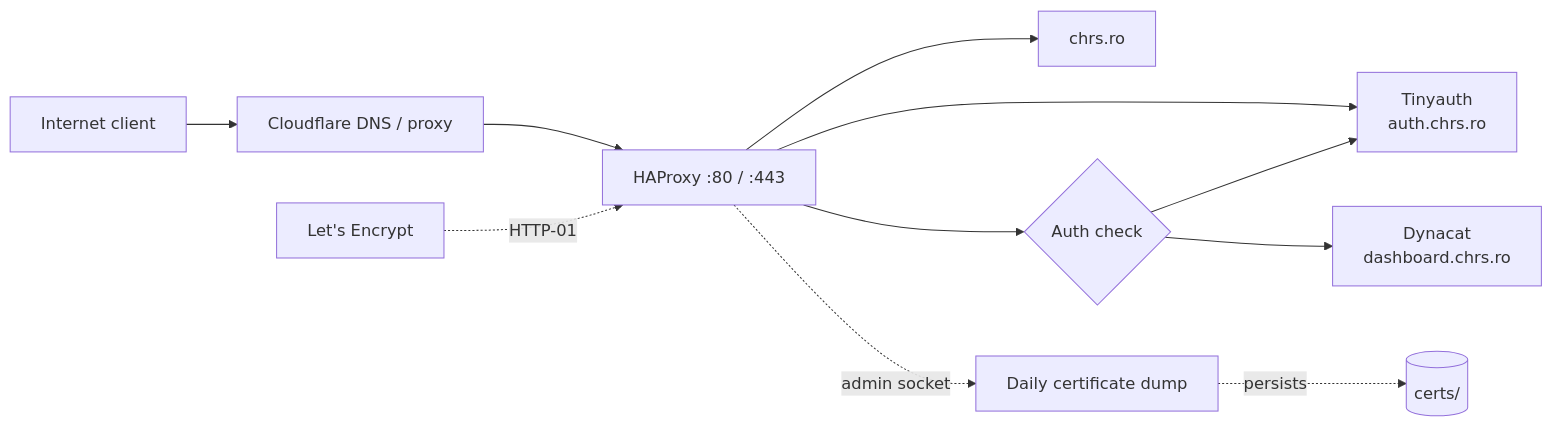
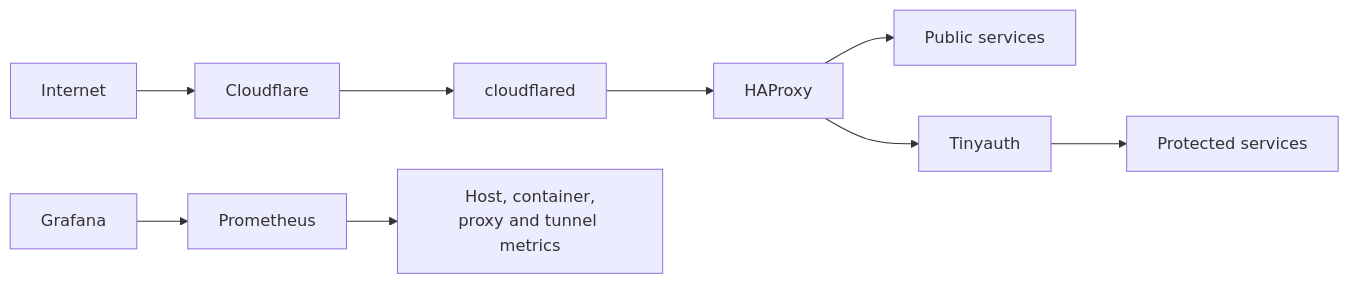
Before and after one commit to hyssedev/homelab: the diagram in README.md, drawn with Mermaid. The commit also changed other lines of this file and 1 other file, not shown here.

````diff
--- a/README.md
+++ b/README.md
@@ -9,15 +21,11 @@
 ```mermaid
 flowchart LR
-    client[Internet client] --> dns[Cloudflare DNS / proxy]
-    dns --> haproxy[HAProxy :80 / :443]
-
-    haproxy --> site[chrs.ro]
-    haproxy --> auth[Tinyauth<br/>auth.chrs.ro]
-    haproxy --> check{Auth check}
-    check --> auth
-    check --> dashboard[Dynacat<br/>dashboard.chrs.ro]
-
-    letsencrypt[Let's Encrypt] -. HTTP-01 .-> haproxy
-    haproxy -. admin socket .-> dump[Daily certificate dump]
-    dump -. persists .-> certs[(certs/)]
+    internet[Internet] --> cloudflare[Cloudflare]
+    cloudflare --> tunnel[cloudflared]
+    tunnel --> proxy[HAProxy]
+    proxy --> public[Public services]
+    proxy --> auth[Tinyauth]
+    auth --> private[Protected services]
+    grafana[Grafana] --> prometheus[Prometheus]
+    prometheus --> metrics[Host, container,<br/>proxy and tunnel metrics]
 ```
````
